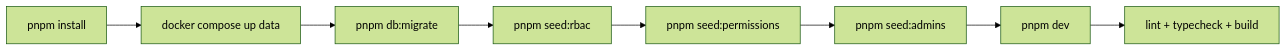
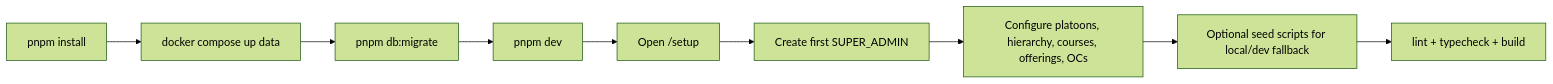
The third of 3 diagrams in docs/help/setup-guide.md (Hexmon/e-dossier), drawn with Mermaid (forest theme) before and after one commit. The commit also changed other lines of this file and 52 other files, not shown here.

````diff
--- a/docs/help/setup-guide.md
+++ b/docs/help/setup-guide.md
@@ -145,10 +163,11 @@
 ```mermaid
 flowchart LR
   A[pnpm install] --> B[docker compose up data]
   B --> C[pnpm db:migrate]
-  C --> D[pnpm seed:rbac]
-  D --> E[pnpm seed:permissions]
-  E --> F[pnpm seed:admins]
-  F --> G[pnpm dev]
-  G --> H[lint + typecheck + build]
+  C --> D[pnpm dev]
+  D --> E[Open /setup]
+  E --> F[Create first SUPER_ADMIN]
+  F --> G[Configure platoons, hierarchy, courses, offerings, OCs]
+  G --> H[Optional seed scripts for local/dev fallback]
+  H --> I[lint + typecheck + build]
 ```
````
